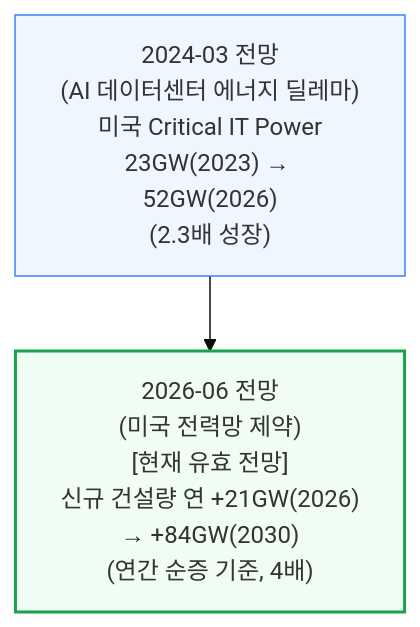
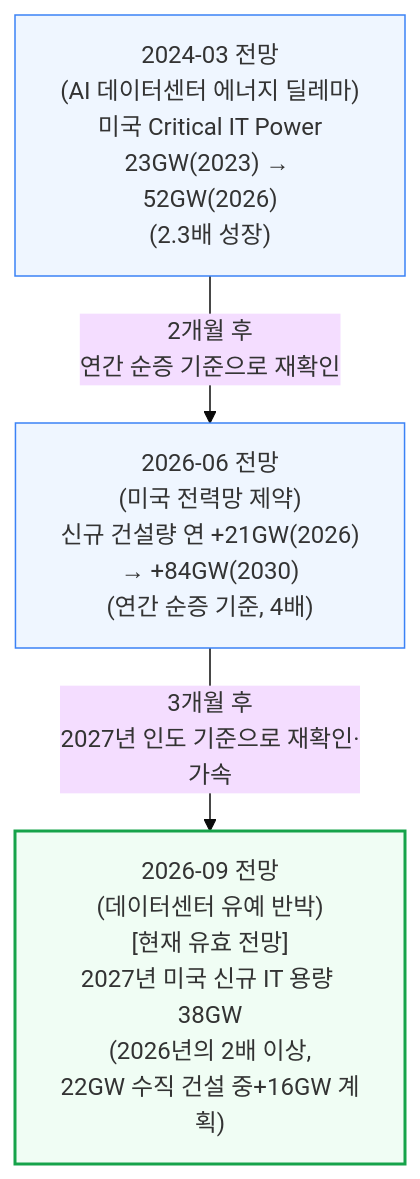
Before and after one commit to yohan4477/semi-report: the first of 5 diagrams in 통합 리포트/카테고리별 통합 리포트/[260704] 전력 통합 리포트.md, drawn with Mermaid (base theme). The commit also changed other lines of this file and 18 other files, not shown here.

````diff
--- a/통합 리포트/카테고리별 통합 리포트/[260704] 전력 통합 리포트.md
+++ b/통합 리포트/카테고리별 통합 리포트/[260704] 전력 통합 리포트.md
@@ -52,7 +53,9 @@
 ```mermaid
 flowchart TD
-    D2024["2024-03 전망<br/>(AI 데이터센터 에너지 딜레마)<br/>미국 Critical IT Power<br/>23GW(2023) → 52GW(2026)<br/>(2.3배 성장)"] --> D2026["2026-06 전망<br/>(미국 전력망 제약)<br/>[현재 유효 전망]<br/>신규 건설량 연 +21GW(2026)<br/>→ +84GW(2030)<br/>(연간 순증 기준, 4배)"]
+    D2024["2024-03 전망<br/>(AI 데이터센터 에너지 딜레마)<br/>미국 Critical IT Power<br/>23GW(2023) → 52GW(2026)<br/>(2.3배 성장)"] -->|"2개월 후<br/>연간 순증 기준으로 재확인"| D2026["2026-06 전망<br/>(미국 전력망 제약)<br/>신규 건설량 연 +21GW(2026)<br/>→ +84GW(2030)<br/>(연간 순증 기준, 4배)"]
+    D2026 -->|"3개월 후<br/>2027년 인도 기준으로 재확인·가속"| D2026g["2026-09 전망<br/>(데이터센터 유예 반박)<br/>[현재 유효 전망]<br/>2027년 미국 신규 IT 용량 38GW<br/>(2026년의 2배 이상,<br/>22GW 수직 건설 중+16GW 계획)"]
 
     style D2024 fill:#eff6ff,stroke:#3b82f6
-    style D2026 fill:#f0fdf4,stroke:#16a34a,stroke-width:2px
+    style D2026 fill:#eff6ff,stroke:#3b82f6
+    style D2026g fill:#f0fdf4,stroke:#16a34a,stroke-width:2px
 ```
````
